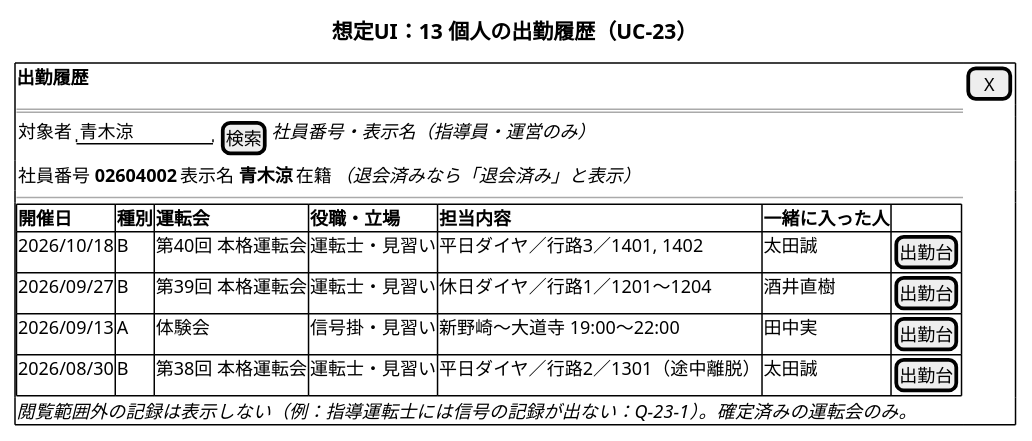
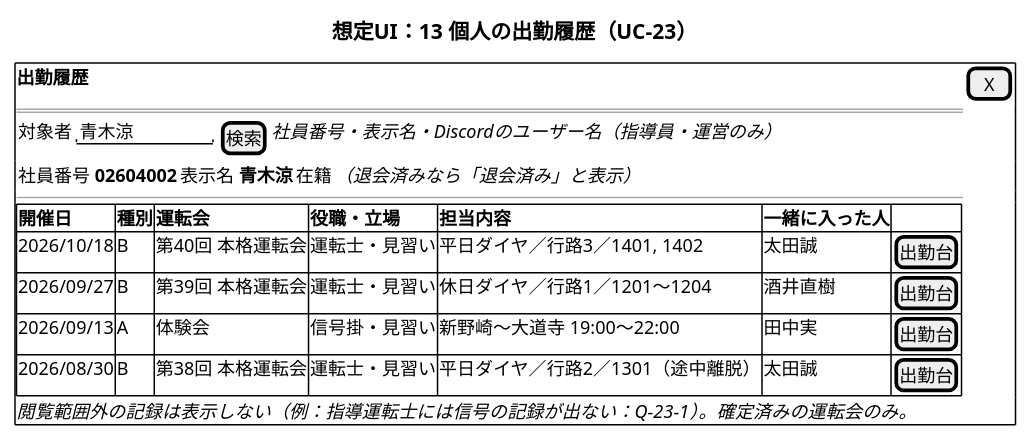
One commit to daidoji-traincrew-office/Tatehama_shukkindai changed the diagram in Docs/diagrams/ui/13_出勤履歴.puml. Above: the diagram before and after it, drawn with PlantUML. The commit also changed 5 other files, not shown here.

```diff
--- a/Docs/diagrams/ui/13_出勤履歴.puml
+++ b/Docs/diagrams/ui/13_出勤履歴.puml
@@ -1,25 +1,25 @@
 @startsalt ui-13
 skinparam defaultFontName "Yu Gothic UI"
 title 想定UI：13 個人の出勤履歴（UC-23）
 {
   {+
     <b>出勤履歴                                                                 | [ X ]
     ==
     {
-      対象者 | "青木涼        " | [検索] | <i>社員番号・表示名（指導員・運営のみ）</i>
+      対象者 | "青木涼        " | [検索] | <i>社員番号・表示名・Discordのユーザー名（指導員・運営のみ）</i>
     }
     {
       社員番号 <b>02604002</b> | 表示名 <b>青木涼</b> | 在籍 | <i>（退会済みなら「退会済み」と表示）</i>
     }
     --
     {#
       <b>開催日 | <b>種別 | <b>運転会 | <b>役職・立場 | <b>担当内容 | <b>一緒に入った人 | .
       2026/10/18 | B | 第40回 本格運転会 | 運転士・見習い | 平日ダイヤ／行路3／1401, 1402 | 太田誠 | [出勤台]
       2026/09/27 | B | 第39回 本格運転会 | 運転士・見習い | 休日ダイヤ／行路1／1201～1204 | 酒井直樹 | [出勤台]
       2026/09/13 | A | 体験会 | 信号掛・見習い | 新野崎～大道寺 19:00～22:00 | 田中実 | [出勤台]
       2026/08/30 | B | 第38回 本格運転会 | 運転士・見習い | 平日ダイヤ／行路2／1301（途中離脱） | 太田誠 | [出勤台]
     }
     <i>閲覧範囲外の記録は表示しない（例：指導運転士には信号の記録が出ない：Q-23-1）。確定済みの運転会のみ。</i>
   }
 }
 @endsalt
```
